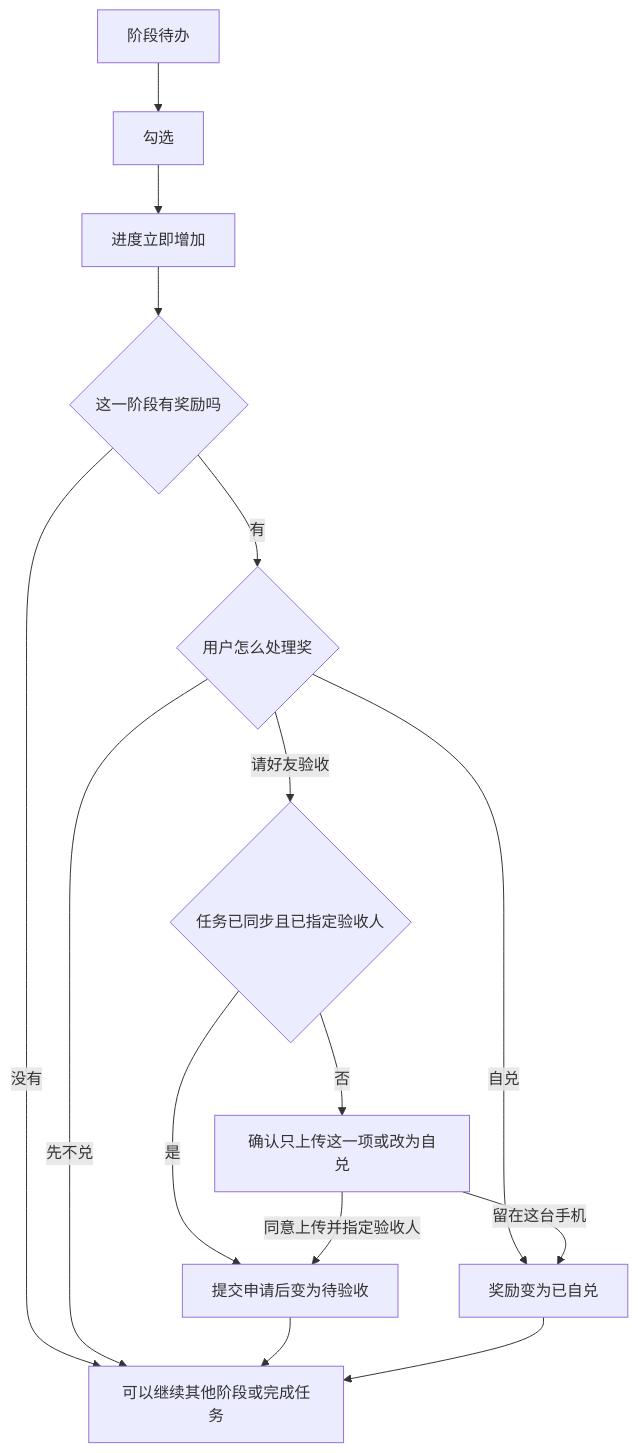
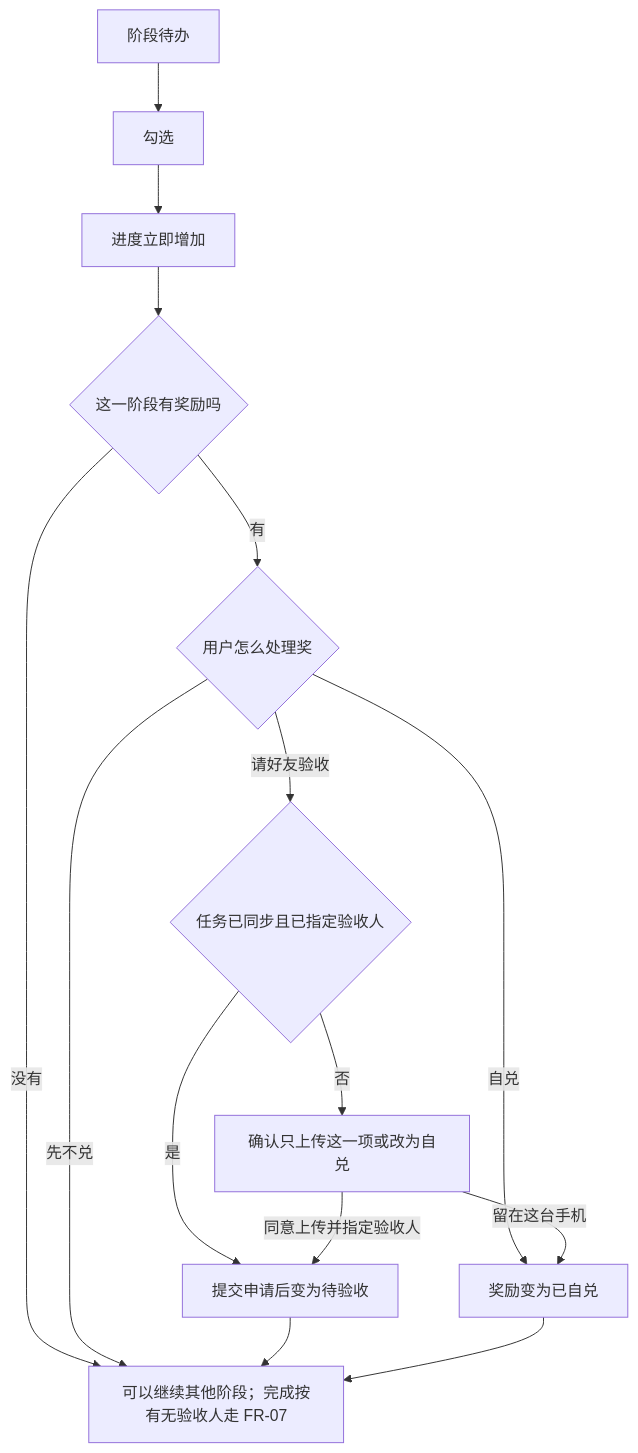
Before and after one commit to vincent-codeworld/duibu-adhd-prd: the second of 7 diagrams in docs/PRD.md, drawn with Mermaid. The commit also changed other lines of this file and 93 other files, not shown here.

````diff
--- a/docs/PRD.md
+++ b/docs/PRD.md
@@ -684,17 +742,17 @@
 ```mermaid
 flowchart TD
   S[阶段待办] --> K[勾选]
   K --> P[进度立即增加]
   P --> R{这一阶段有奖励吗}
-  R -->|没有| N[可以继续其他阶段或完成任务]
+  R -->|没有| N[可以继续其他阶段；完成按有无验收人走 FR-07]
   R -->|有| M{用户怎么处理奖}
   M -->|先不兑| N
   M -->|自兑| Z[奖励变为已自兑]
   M -->|请好友验收| Q{任务已同步且已指定验收人}
   Q -->|否| U[确认只上传这一项或改为自兑]
   Q -->|是| W[提交申请后变为待验收]
   U -->|同意上传并指定验收人| W
   U -->|留在这台手机| Z
   W --> N
   Z --> N
 ```
````
